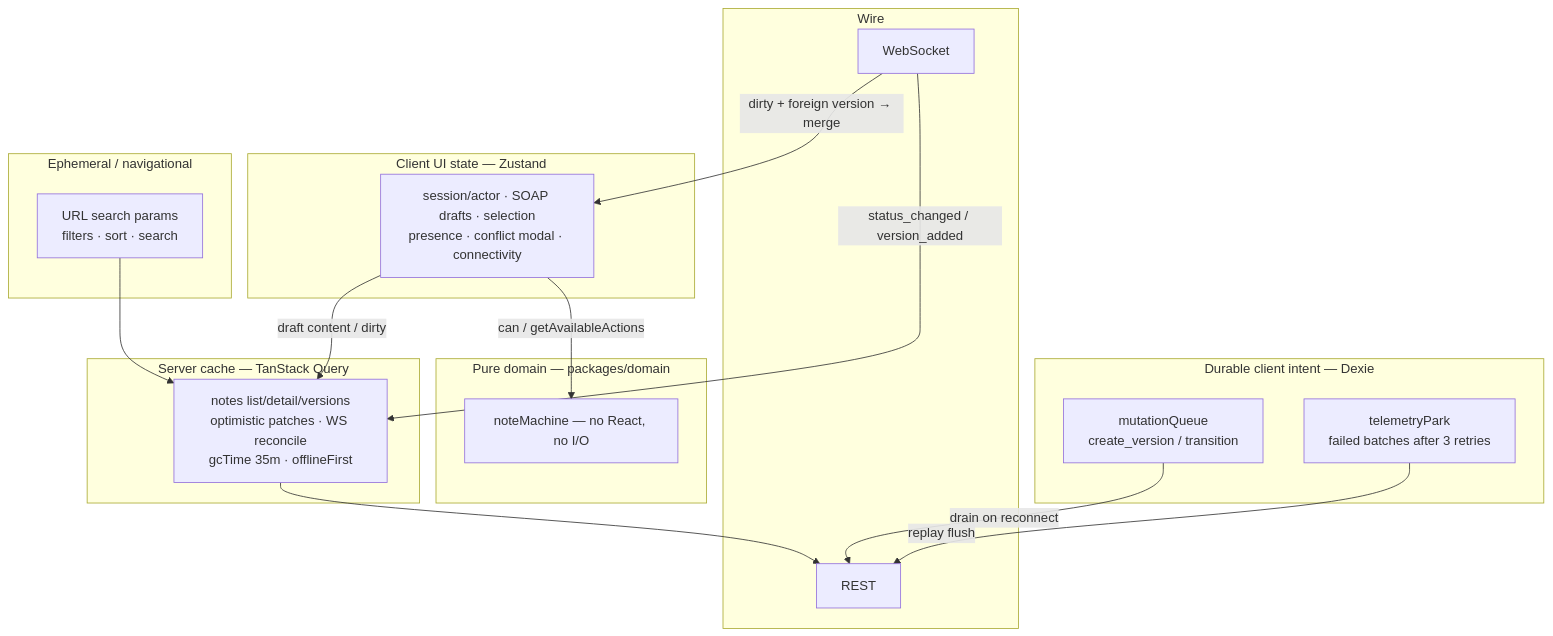
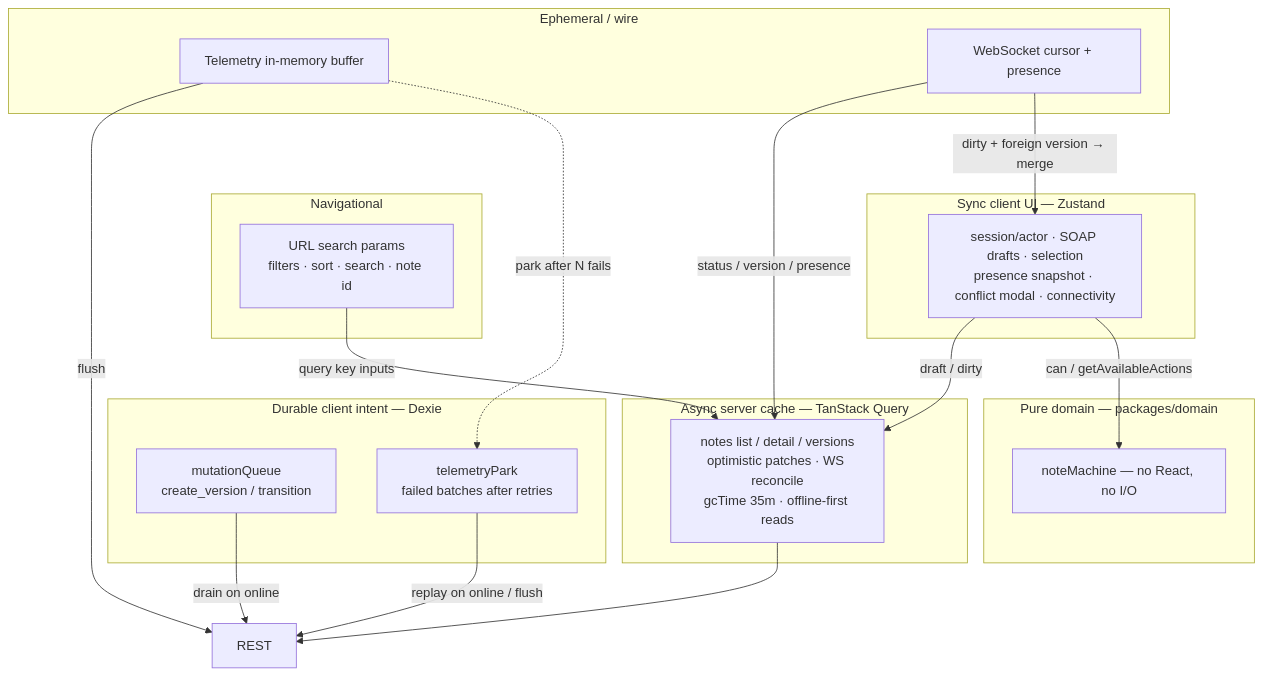
One commit to rickyssj2/cliniq-notes-ai changed the diagram in docs/02-state-layers.md. Above: the diagram before and after it, drawn with Mermaid. The commit also changed other lines of this file and 25 other files, not shown here.

````diff
--- a/docs/02-state-layers.md
+++ b/docs/02-state-layers.md
@@ -7,37 +9,39 @@
 ```mermaid
 flowchart TB
-  subgraph ephemeral [Ephemeral / navigational]
-    URL["URL search params<br/>filters · sort · search"]
+  subgraph navigational [Navigational]
+    URL["URL search params<br/>filters · sort · search · note id"]
   end
 
-  subgraph client [Client UI state — Zustand]
-    ZS["session/actor · SOAP drafts · selection<br/>presence · conflict modal · connectivity"]
+  subgraph syncClient [Sync client UI — Zustand]
+    ZS["session/actor · SOAP drafts · selection<br/>presence snapshot · conflict modal · connectivity"]
   end
 
-  subgraph serverCache [Server cache — TanStack Query]
-    TQ["notes list/detail/versions<br/>optimistic patches · WS reconcile<br/>gcTime 35m · offlineFirst"]
+  subgraph asyncServer [Async server cache — TanStack Query]
+    TQ["notes list / detail / versions<br/>optimistic patches · WS reconcile<br/>gcTime 35m · offline-first reads"]
   end
 
   subgraph durableIntent [Durable client intent — Dexie]
     MQ["mutationQueue<br/>create_version / transition"]
-    TP["telemetryPark<br/>failed batches after 3 retries"]
+    TP["telemetryPark<br/>failed batches after retries"]
+  end
+
+  subgraph ephemeralWire [Ephemeral / wire]
+    BUF["Telemetry in-memory buffer"]
+    WS["WebSocket cursor + presence"]
   end
 
   subgraph domain [Pure domain — packages/domain]
     SM["noteMachine — no React, no I/O"]
   end
 
-  subgraph wire [Wire]
-    REST[REST]
-    WS[WebSocket]
-  end
-
-  URL --> TQ
-  ZS -->|"draft content / dirty"| TQ
+  URL -->|"query key inputs"| TQ
+  ZS -->|"draft / dirty"| TQ
   ZS -->|"can / getAvailableActions"| SM
-  TQ --> REST
-  MQ -->|"drain on reconnect"| REST
-  TP -->|"replay flush"| REST
-  WS -->|"status_changed / version_added"| TQ
+  TQ --> REST[REST]
+  MQ -->|"drain on online"| REST
+  BUF -->|"flush"| REST
+  BUF -.->|"park after N fails"| TP
+  TP -->|"replay on online / flush"| REST
+  WS -->|"status / version / presence"| TQ
   WS -->|"dirty + foreign version → merge"| ZS
 ```
````
